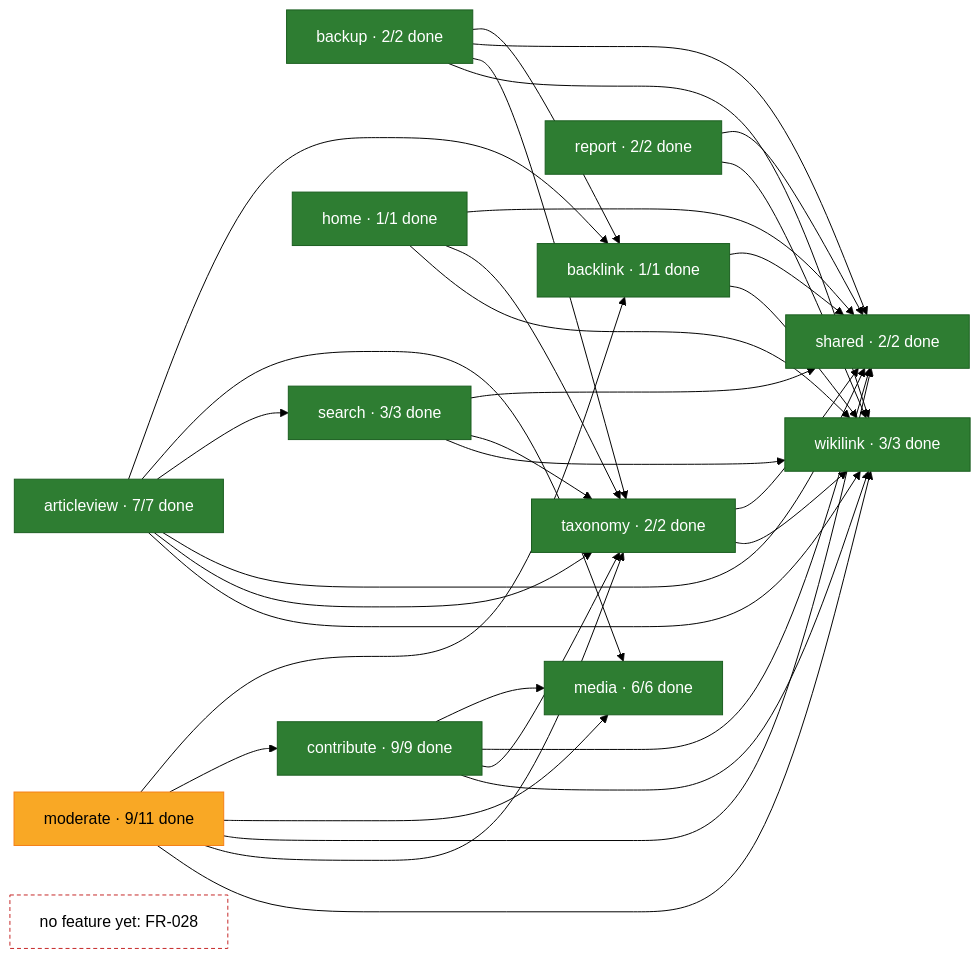
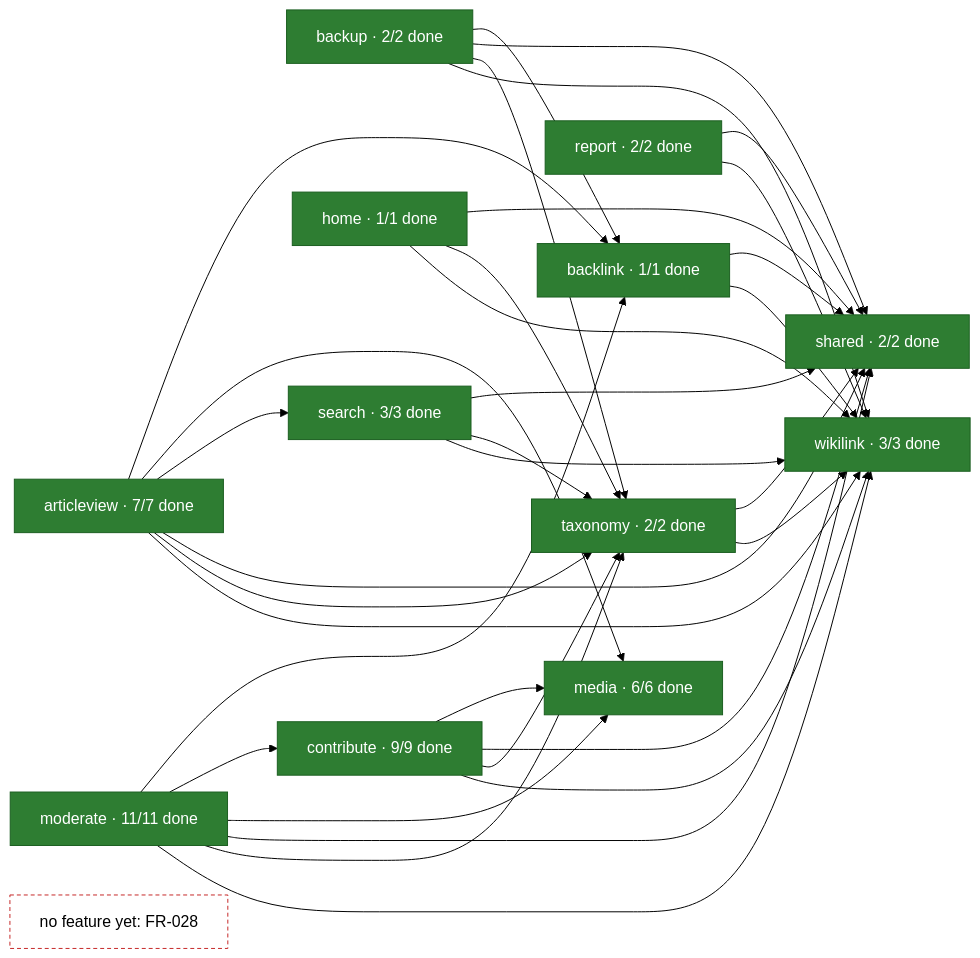
The second of 2 diagrams in docs/gap-list.md (rikire/Exchange-Student-Guide-Platform), drawn with Mermaid (forest theme) before and after one commit. The commit also changed other lines of this file and 4 other files, not shown here.

````diff
--- a/docs/gap-list.md
+++ b/docs/gap-list.md
@@ -24,52 +24,52 @@
 ```mermaid
 flowchart LR
     articleview["articleview · 7/7 done"]:::done
     backlink["backlink · 1/1 done"]:::done
     backup["backup · 2/2 done"]:::done
     contribute["contribute · 9/9 done"]:::done
     home["home · 1/1 done"]:::done
     media["media · 6/6 done"]:::done
-    moderate["moderate · 9/11 done"]:::partial
+    moderate["moderate · 11/11 done"]:::done
     report["report · 2/2 done"]:::done
     search["search · 3/3 done"]:::done
     shared["shared · 2/2 done"]:::done
     taxonomy["taxonomy · 2/2 done"]:::done
     wikilink["wikilink · 3/3 done"]:::done
     unmapped["no feature yet: FR-028"]:::unmapped
     articleview --> backlink
     articleview --> media
     articleview --> search
     articleview --> shared
     articleview --> taxonomy
     articleview --> wikilink
     backlink --> shared
     backlink --> wikilink
     backup --> backlink
     backup --> shared
     backup --> taxonomy
     backup --> wikilink
     contribute --> media
     contribute --> shared
     contribute --> taxonomy
     contribute --> wikilink
     home --> shared
     home --> taxonomy
     home --> wikilink
     moderate --> backlink
     moderate --> contribute
     moderate --> media
     moderate --> shared
     moderate --> taxonomy
     moderate --> wikilink
     report --> shared
     report --> wikilink
     search --> shared
     search --> taxonomy
     search --> wikilink
     taxonomy --> shared
     taxonomy --> wikilink
     classDef done fill:#2e7d32,stroke:#1b5e20,color:#ffffff
     classDef partial fill:#f9a825,stroke:#f57f17,color:#000000
     classDef none fill:#e0e0e0,stroke:#9e9e9e,color:#000000
     classDef unmapped fill:#ffffff,stroke:#c62828,stroke-dasharray:4 3,color:#000000
 ```
````
